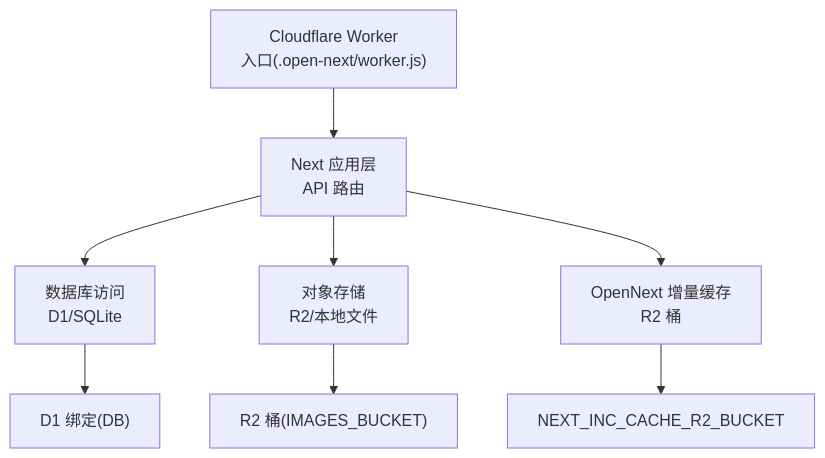
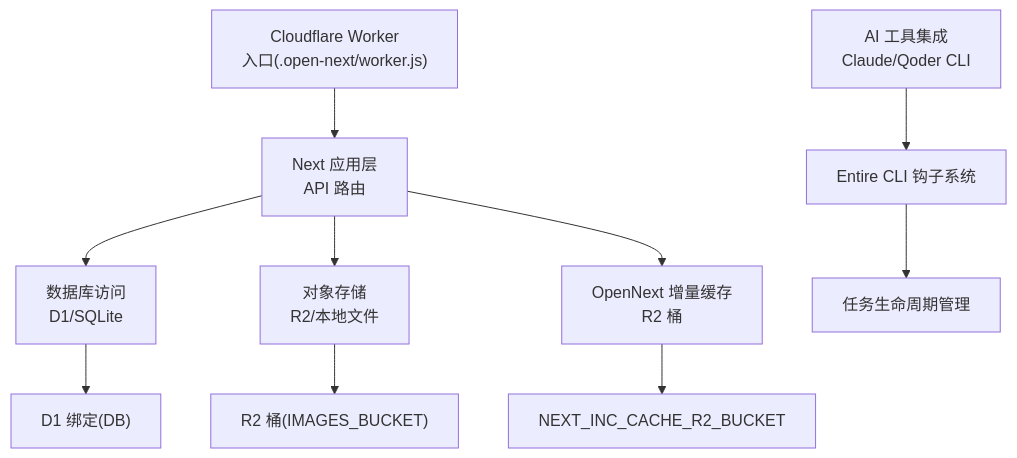
One commit to pnnh/weable changed the first of 6 diagrams in .qoder/repowiki/zh/content/开发指南/扩展开发/第三方服务集成.md. Above: the diagram before and after it, drawn with Mermaid. The commit also changed other lines of this file and 159 other files, not shown here.

````diff
--- a/.qoder/repowiki/zh/content/开发指南/扩展开发/第三方服务集成.md
+++ b/.qoder/repowiki/zh/content/开发指南/扩展开发/第三方服务集成.md
@@ -51,10 +67,12 @@
 ```mermaid
 graph TB
 A["Cloudflare Worker<br/>入口(.open-next/worker.js)"] --> B["Next 应用层<br/>API 路由"]
 B --> C["数据库访问<br/>D1/SQLite"]
 B --> D["对象存储<br/>R2/本地文件"]
 B --> E["OpenNext 增量缓存<br/>R2 桶"]
 C --> F["D1 绑定(DB)"]
 D --> G["R2 桶(IMAGES_BUCKET)"]
 E --> H["NEXT_INC_CACHE_R2_BUCKET"]
+I["AI 工具集成<br/>Claude/Qoder CLI"] --> J["Entire CLI 钩子系统"]
+J --> K["任务生命周期管理"]
 ```
````
